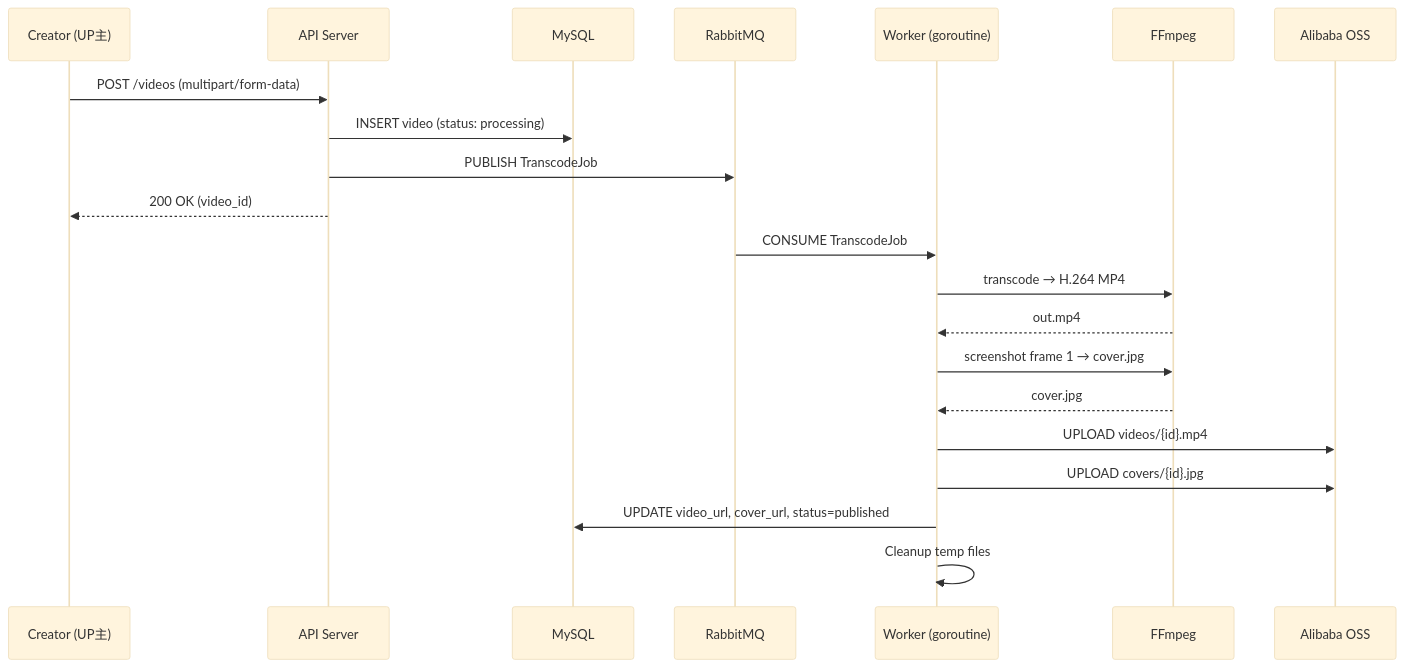
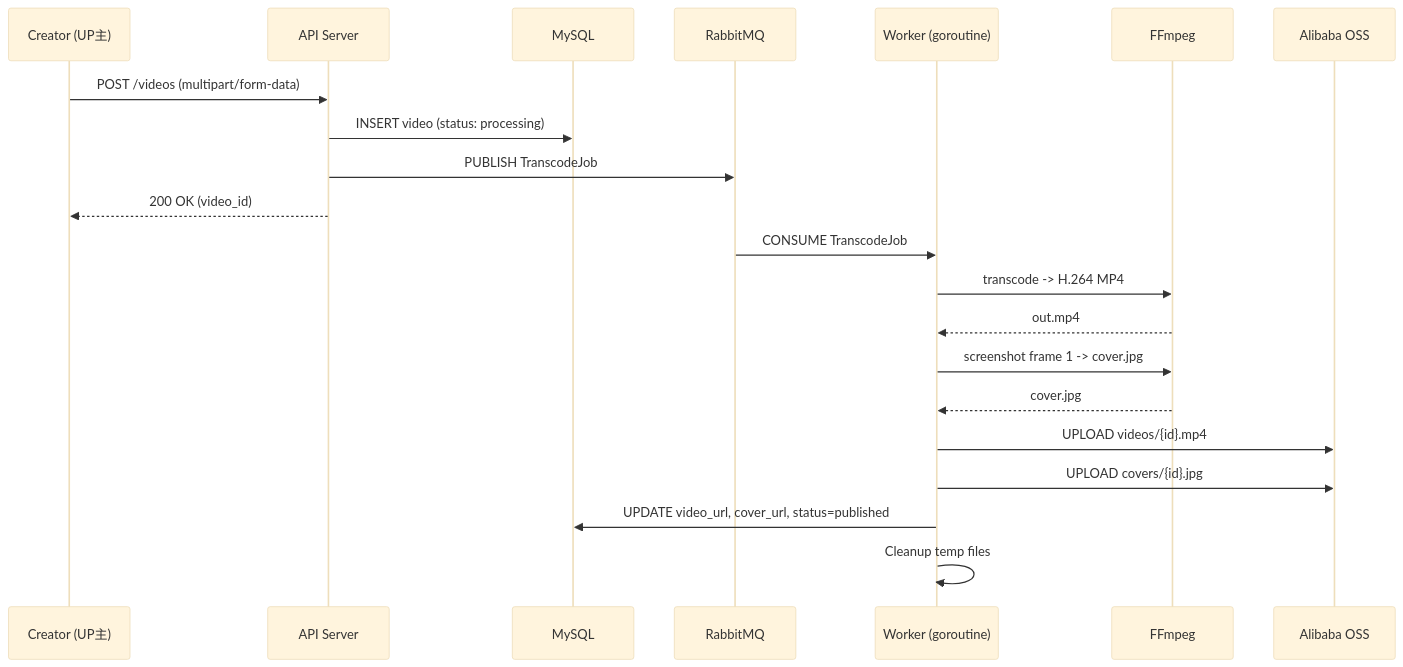
One commit to earthcake2233/cakecake changed the third of 5 diagrams in docs/ARCHITECTURE_EN.md. Above: the diagram before and after it, drawn with Mermaid (base theme). The commit also changed other lines of this file and 1 other file, not shown here.

First line of the commit message:
docs(arch): update danmaku sequence diagram with write pump and current_time

````diff
--- a/docs/ARCHITECTURE_EN.md
+++ b/docs/ARCHITECTURE_EN.md
@@ -118,25 +135,25 @@
 ```mermaid
 sequenceDiagram
     participant C as Creator (UP主)
     participant API as API Server
     participant DB as MySQL
     participant RMQ as RabbitMQ
     participant W as Worker (goroutine)
     participant FF as FFmpeg
     participant OSS as Alibaba OSS
 
     C->>API: POST /videos (multipart/form-data)
     API->>DB: INSERT video (status: processing)
     API->>RMQ: PUBLISH TranscodeJob
     API-->>C: 200 OK (video_id)
 
     RMQ->>W: CONSUME TranscodeJob
-    W->>FF: transcode → H.264 MP4
+    W->>FF: transcode -> H.264 MP4
     FF-->>W: out.mp4
-    W->>FF: screenshot frame 1 → cover.jpg
+    W->>FF: screenshot frame 1 -> cover.jpg
     FF-->>W: cover.jpg
     W->>OSS: UPLOAD videos/{id}.mp4
     W->>OSS: UPLOAD covers/{id}.jpg
     W->>DB: UPDATE video_url, cover_url, status=published
     W->>W: Cleanup temp files
 ```
````
